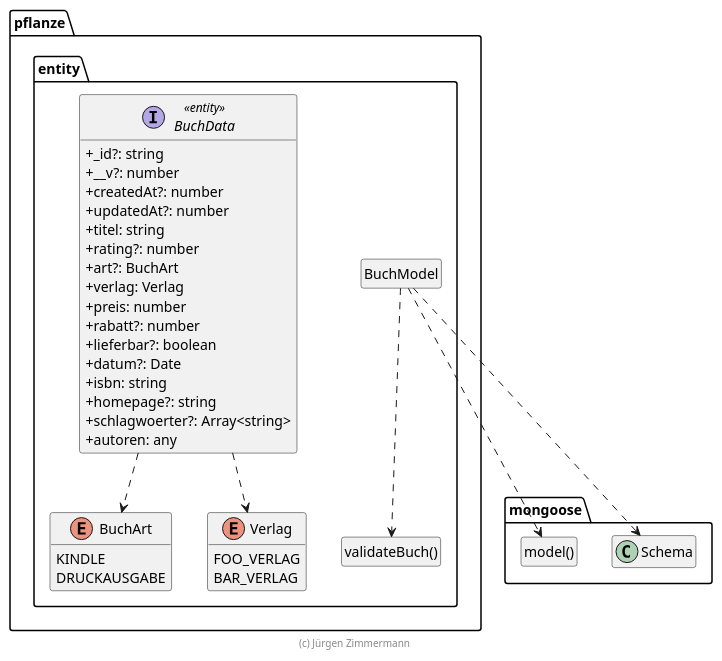
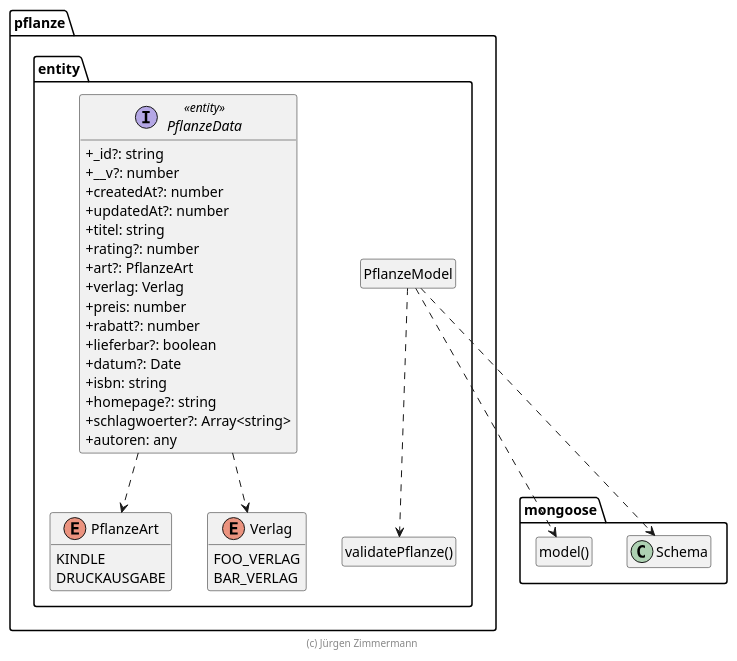
Before and after one commit to Lasse0708/plantproject: the diagram in doc/entwicklerhandbuch/Buch.puml, drawn with PlantUML. The commit also changed 11 other files, not shown here.

```diff
--- a/doc/entwicklerhandbuch/Buch.puml
+++ b/doc/entwicklerhandbuch/Buch.puml
@@ -15,62 +15,62 @@
 @startuml Anwendungskern
 
 !pragma useNewPackage
 skinparam classAttributeIconSize 0
 skinparam componentStyle uml2
 
 package mongoose {
   class Schema
 
   class "model()" as model
   hide model circle
 }
 
 package pflanze.entity {
-  class "validateBuch()" as validateBuch
-  hide validateBuch circle
+  class "validatePflanze()" as validatePflanze
+  hide validatePflanze circle
 
-  class BuchModel
-  hide BuchModel circle
+  class PflanzeModel
+  hide PflanzeModel circle
 
-  BuchModel ..> Schema
-  BuchModel ..> model
-  BuchModel ..> validateBuch
+  PflanzeModel ..> Schema
+  PflanzeModel ..> model
+  PflanzeModel ..> validatePflanze
 
-  BuchData ..> BuchArt
-  BuchData ..> Verlag
+  PflanzeData ..> PflanzeArt
+  PflanzeData ..> Verlag
 
-  enum BuchArt {
+  enum PflanzeArt {
     KINDLE
     DRUCKAUSGABE
   }
 
   enum Verlag {
     FOO_VERLAG
     BAR_VERLAG
   }
 
-  interface BuchData <<entity>> {
+  interface PflanzeData <<entity>> {
     + _id?: string
     + __v?: number
     + createdAt?: number
     + updatedAt?: number
     + titel: string
     + rating?: number
-    + art?: BuchArt
+    + art?: PflanzeArt
     + verlag: Verlag
     + preis: number
     + rabatt?: number
     + lieferbar?: boolean
     + datum?: Date
     + isbn: string
     + homepage?: string
     + schlagwoerter?: Array<string>
     + autoren: any
   }
 }
 
 hide empty members
 
 footer (c) Jürgen Zimmermann
 
 @enduml
```
